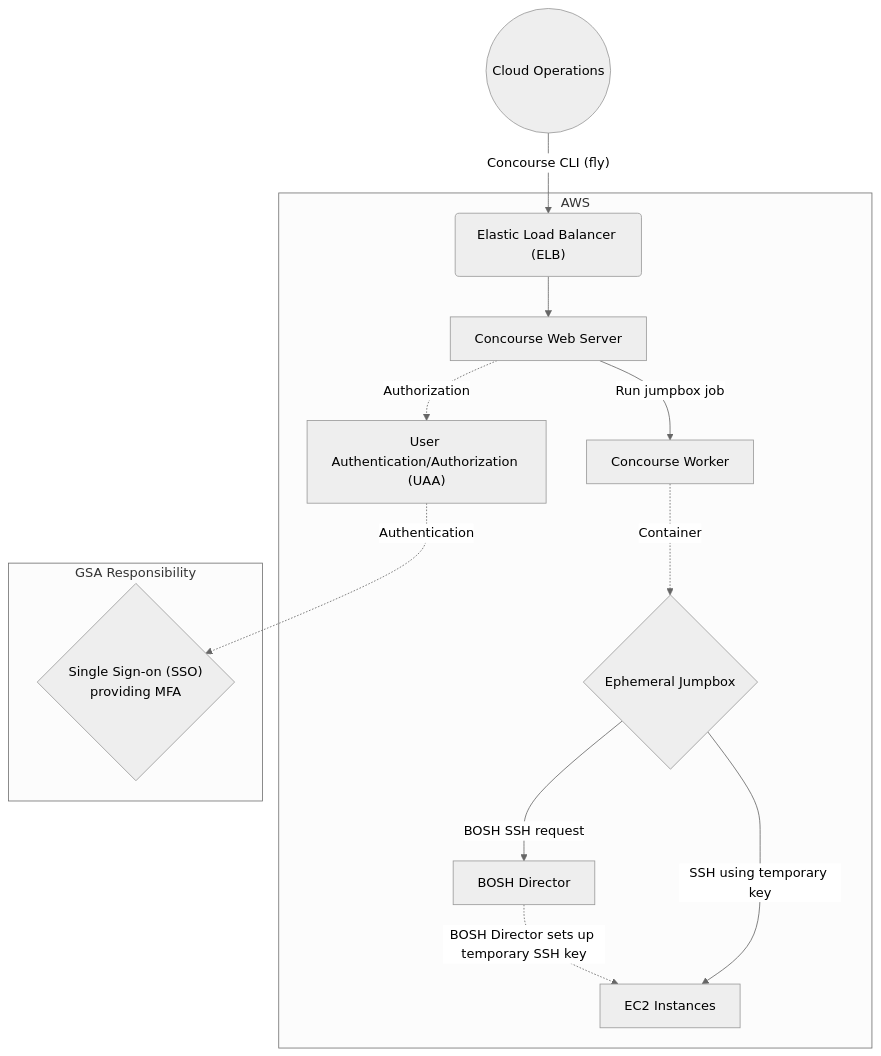
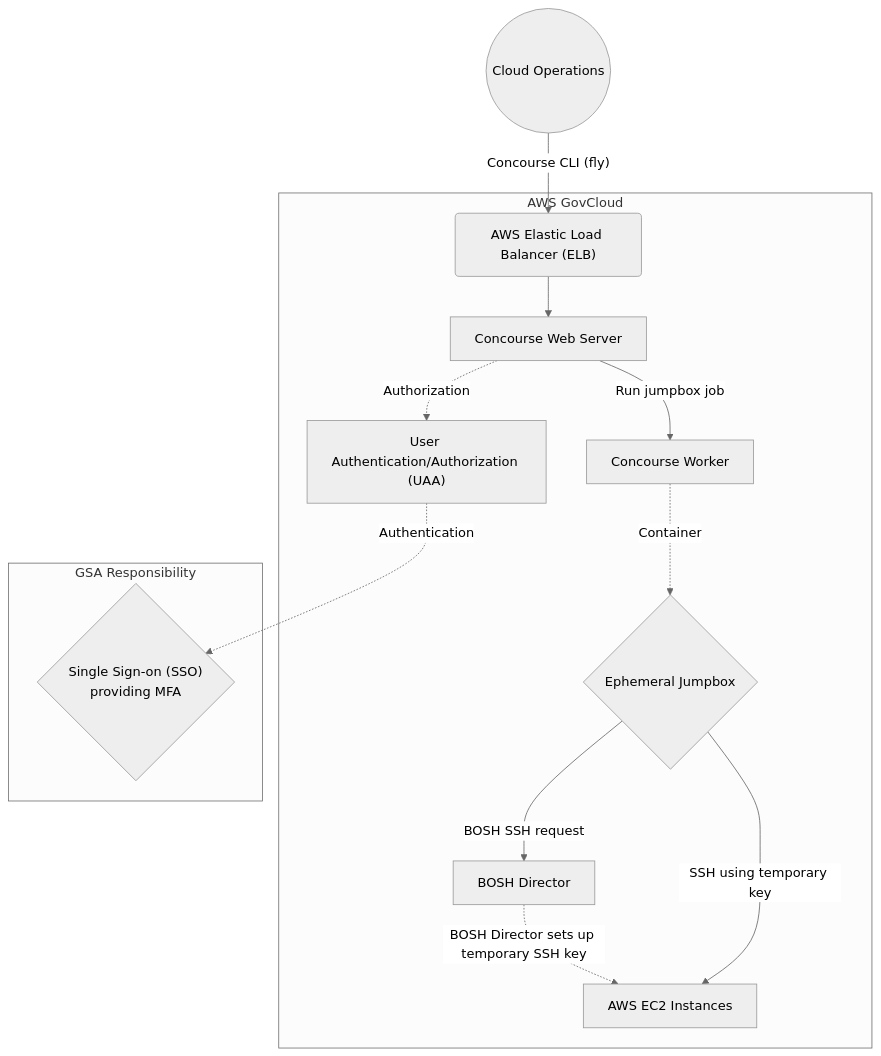
The diagram in source/diagrams/10-4.2-jumpbox.mmd (cloud-gov/system-diagrams), drawn with Mermaid (neutral theme) before and after one commit. The commit also changed 3 other files, not shown here.

Commit message:
More information about CloudWatch and AWS for diagrams

```diff
--- a/source/diagrams/10-4.2-jumpbox.mmd
+++ b/source/diagrams/10-4.2-jumpbox.mmd
@@ -1,27 +1,27 @@
 %% title: 10-4.2 Jumpbox Data Flow
 %% description: Section 10 - System Environment - Figure 10-4.2 Jumpbox Data Flow
 graph TD
 
-  subgraph AWS
+  subgraph AWS GovCloud
     UAA["User Authentication/Authorization (UAA)"]
     web["Concourse Web Server"]
     worker[Concourse Worker]
     Jumpbox{Ephemeral Jumpbox}
     BOSH[BOSH Director]
-    EC2[EC2 Instances]
-    ELB("Elastic Load Balancer (ELB)")
+    EC2[AWS EC2 Instances]
+    ELB("AWS Elastic Load Balancer (ELB)")
   end
   subgraph GSA Responsibility
     SAML{"Single Sign-on (SSO)<br>providing MFA"}
   end
   Ops((Cloud Operations))
 
   Ops--"Concourse CLI (fly)"-->ELB
   ELB-->web
   UAA-.Authentication.->SAML
   web-.Authorization.->UAA
   web--Run jumpbox job-->worker
   worker-.Container.->Jumpbox
   Jumpbox--BOSH SSH request-->BOSH
   BOSH-.BOSH Director sets up temporary SSH key.->EC2
   Jumpbox--SSH using temporary key-->EC2
```
